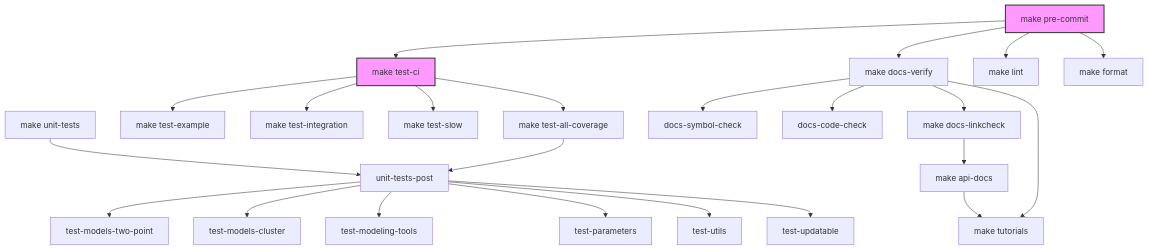
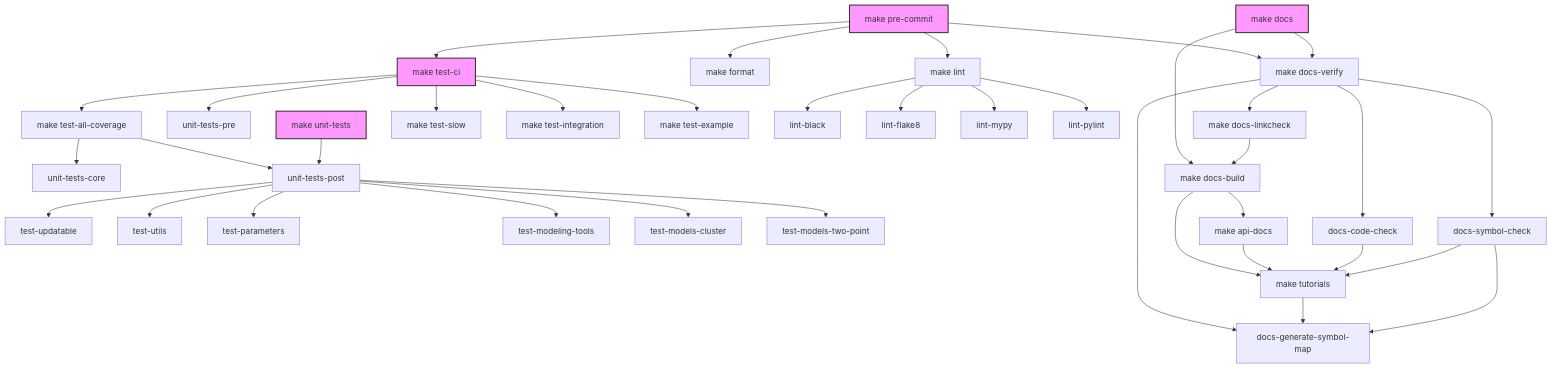
Before and after one commit to LSSTDESC/firecrown: the diagram in CONTRIBUTING.md, drawn with Mermaid. The commit also changed other lines of this file, not shown here.

Commit message:
Update parallel execution documentation
Remove -j flags from make command examples in
CONTRIBUTING.md, as the Makefile now handles parallelization
automatically by default. Update the tip section to clarify
how to override parallel execution behavior (use make -j1 for
serial execution or JOBS=N to set a specific job count).

Expand the target relationship diagram with additional
dependencies and styling: add lint subtargets (black, flake8,
mypy, pylint), documentation build steps (docs-build,
api-docs, docs-generate-symbol-map), and intermediate test
targets (unit-tests-pre, unit-tests-core). Add section
comments to improve diagram readability.

````diff
--- a/CONTRIBUTING.md
+++ b/CONTRIBUTING.md
@@ -47,37 +47,62 @@
 ```mermaid
 graph TD
     classDef main fill:#f9f,stroke:#333,stroke-width:2px;
     
     pre-commit["make pre-commit"]:::main
     test-ci["make test-ci"]:::main
-    docs-verify["make docs-verify"]
-    unit-tests["make unit-tests"]
+    docs["make docs"]:::main
+    unit-tests["make unit-tests"]:::main
     
+    %% Pre-commit dependencies
     pre-commit --> format["make format"]
     pre-commit --> lint["make lint"]
-    pre-commit --> docs-verify
+    pre-commit --> docs-verify["make docs-verify"]
     pre-commit --> test-ci
     
+    %% Test-CI dependencies
+    test-ci --> unit-tests-pre["unit-tests-pre"]
     test-ci --> test-all-coverage["make test-all-coverage"]
     test-ci --> test-slow["make test-slow"]
     test-ci --> test-integration["make test-integration"]
     test-ci --> test-example["make test-example"]
     
+    %% Test coverage dependencies
+    test-all-coverage --> unit-tests-core["unit-tests-core"]
     test-all-coverage --> unit-tests-post["unit-tests-post"]
+    
+    %% Unit tests dependencies
     unit-tests --> unit-tests-post
     
+    %% Unit tests post dependencies
     unit-tests-post --> test-updatable["test-updatable"]
     unit-tests-post --> test-utils["test-utils"]
     unit-tests-post --> test-parameters["test-parameters"]
     unit-tests-post --> test-modeling-tools["test-modeling-tools"]
     unit-tests-post --> test-models-cluster["test-models-cluster"]
     unit-tests-post --> test-models-two-point["test-models-two-point"]
     
-    docs-verify --> tutorials["make tutorials"]
-    docs-verify --> docs-linkcheck["make docs-linkcheck"]
+    %% Lint dependencies
+    lint --> lint-black["lint-black"]
+    lint --> lint-flake8["lint-flake8"]
+    lint --> lint-mypy["lint-mypy"]
+    lint --> lint-pylint["lint-pylint"]
+    
+    %% Documentation dependencies
+    docs --> docs-build["make docs-build"]
+    docs --> docs-verify
+    
+    docs-build --> tutorials["make tutorials"]
+    docs-build --> api-docs["make api-docs"]
+    
+    docs-verify --> docs-generate-symbol-map["docs-generate-symbol-map"]
     docs-verify --> docs-code-check["docs-code-check"]
     docs-verify --> docs-symbol-check["docs-symbol-check"]
+    docs-verify --> docs-linkcheck["make docs-linkcheck"]
     
-    api-docs["make api-docs"] --> tutorials
-    docs-linkcheck --> api-docs
+    tutorials --> docs-generate-symbol-map
+    api-docs --> tutorials
+    docs-code-check --> tutorials
+    docs-symbol-check --> tutorials
+    docs-symbol-check --> docs-generate-symbol-map
+    docs-linkcheck --> docs-build
 ```
````
